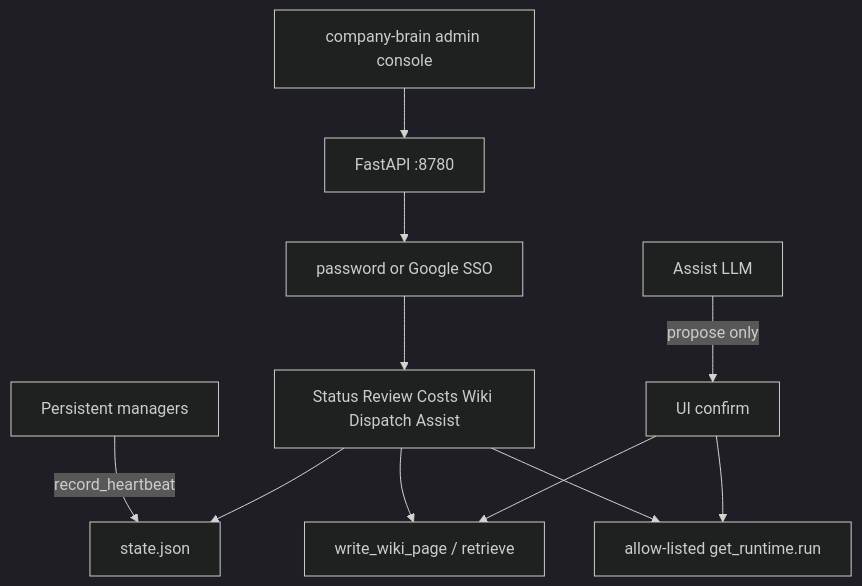
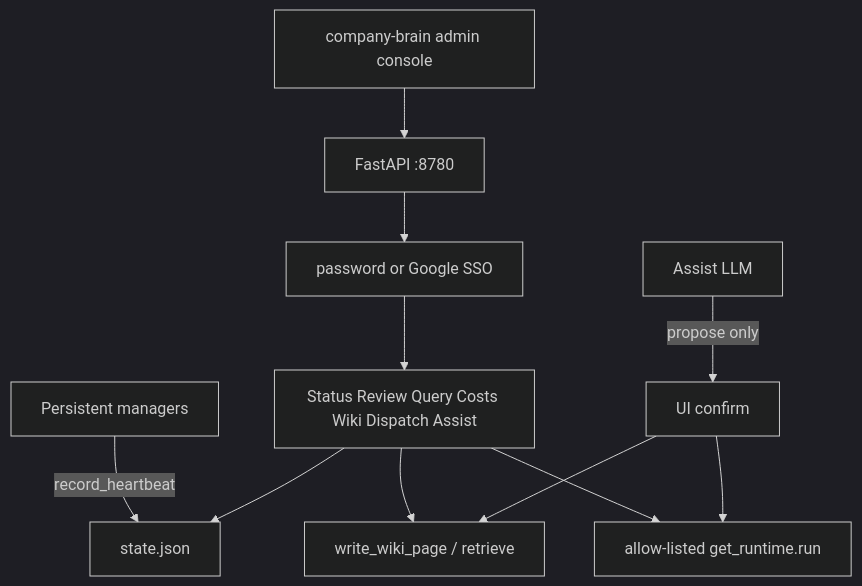
The second of 5 diagrams in docs/agents/admin.md (NickyHeC/4r7a), drawn with Mermaid (dark theme) before and after one commit. The commit also changed other lines of this file and 23 other files, not shown here.

````diff
--- a/docs/agents/admin.md
+++ b/docs/agents/admin.md
@@ -59,13 +59,13 @@
 ```mermaid
 flowchart TD
   CLI[company-brain admin console] --> Srv[FastAPI :8780]
   Srv --> Login[password or Google SSO]
-  Login --> Panes[Status Review Costs Wiki Dispatch Assist]
+  Login --> Panes[Status Review Query Costs Wiki Dispatch Assist]
   Managers[Persistent managers] -->|record_heartbeat| HB[state.json]
   Panes --> HB
   Panes --> Wiki[write_wiki_page / retrieve]
   Panes --> Run[allow-listed get_runtime.run]
   Assist[Assist LLM] -->|propose only| Confirm[UI confirm]
   Confirm --> Wiki
   Confirm --> Run
 ```
````
